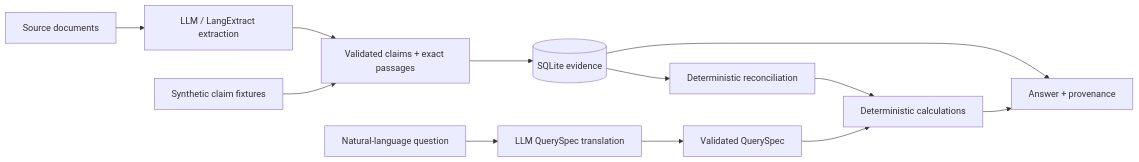
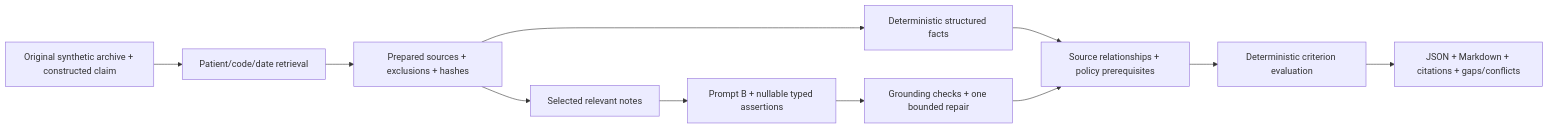
The diagram in README.md (The-Veridis-Lion/Clinical-Evidence-Engine), drawn with Mermaid before and after one commit. The commit also changed other lines of this file and 86 other files, not shown here.

First line of the commit message:
Release Prompt B defaults and evidence-first engineering portfolio (#1)

````diff
--- a/README.md
+++ b/README.md
@@ -73,14 +29,13 @@
 ```mermaid
 flowchart LR
-    D[Source documents] --> E[LLM / LangExtract extraction]
-    E --> G[Validated claims + exact passages]
-    F[Synthetic claim fixtures] --> G
-    G --> S[(SQLite evidence)]
-    S --> R[Deterministic reconciliation]
-    R --> C[Deterministic calculations]
-    Q[Validated QuerySpec] --> C
-    C --> A[Answer + provenance]
-    S --> A
-    N[Natural-language question] --> T[LLM QuerySpec translation]
-    T --> Q
+    A[Original synthetic archive + constructed claim] --> R[Patient/code/date retrieval]
+    R --> P[Prepared sources + exclusions + hashes]
+    P --> S[Deterministic structured facts]
+    P --> N[Selected relevant notes]
+    N --> L[Prompt B + nullable typed assertions]
+    L --> V[Grounding checks + one bounded repair]
+    S --> C[Source relationships + policy prerequisites]
+    V --> C
+    C --> D[Deterministic criterion evaluation]
+    D --> E[JSON + Markdown + citations + gaps/conflicts]
 ```
````
